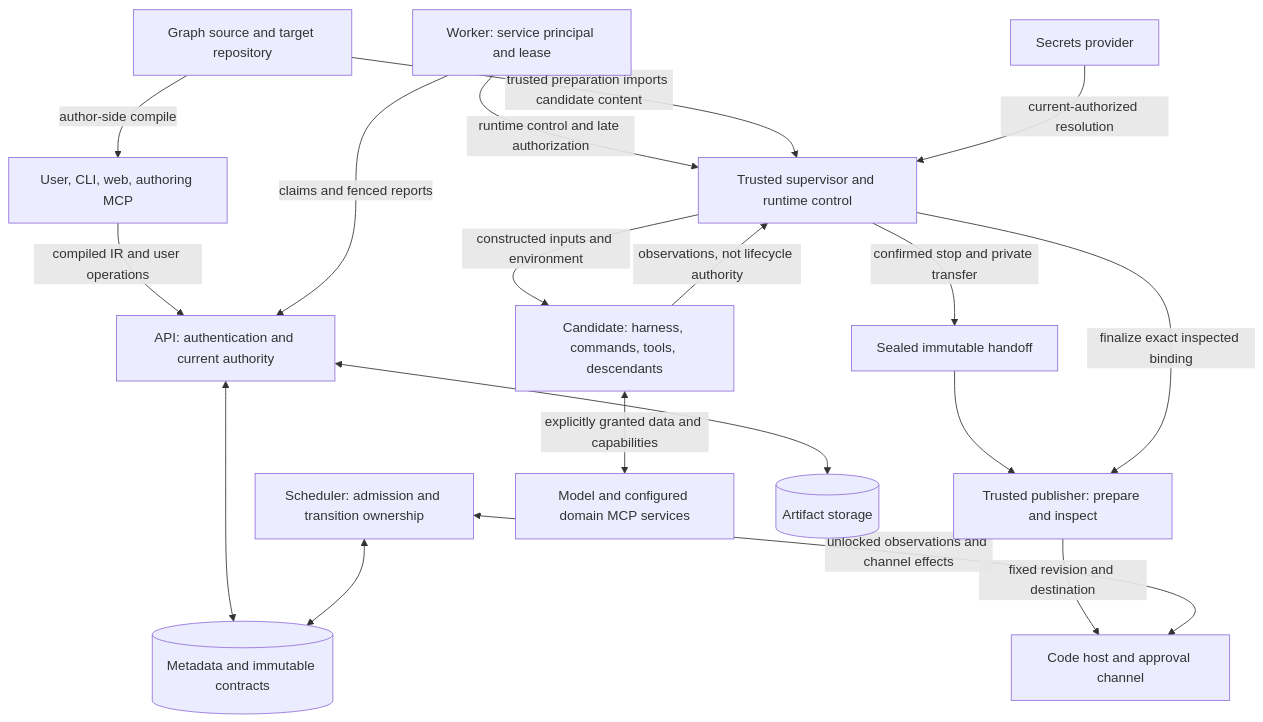
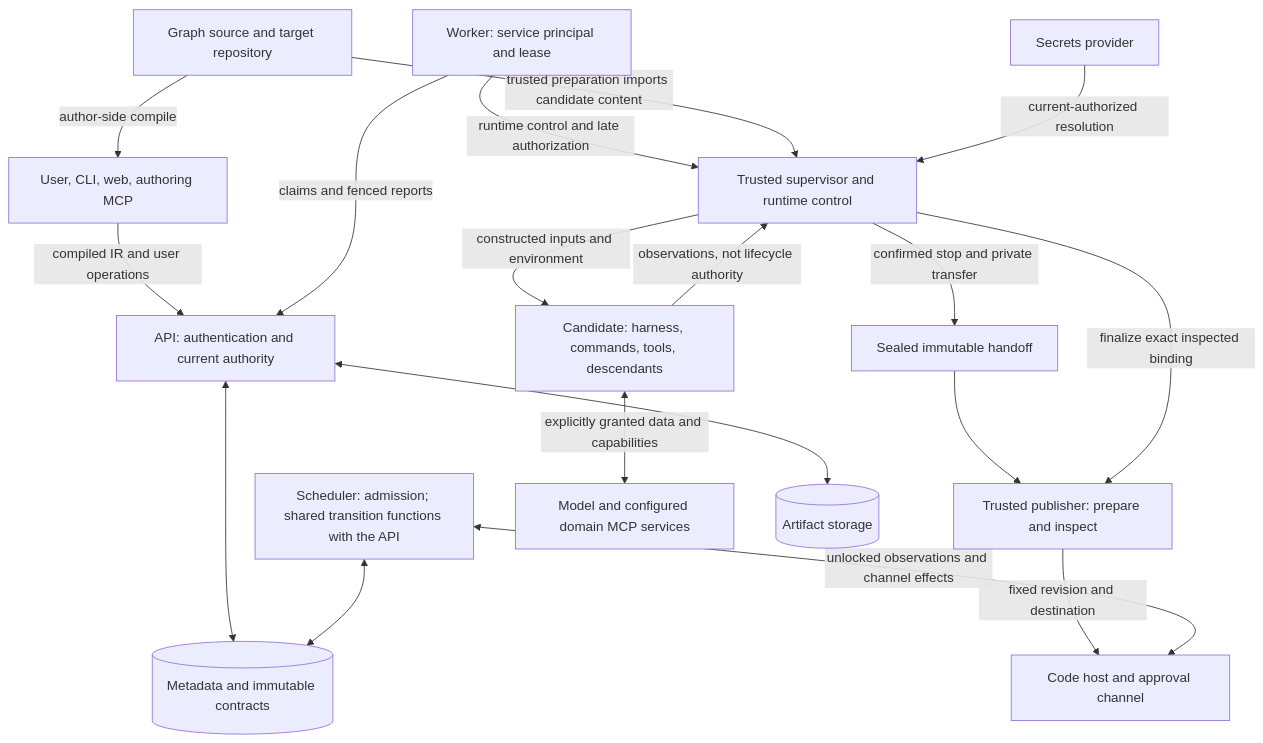
The diagram in docs/threat-model.md (realkarych/kora), drawn with Mermaid before and after one commit. The commit also changed other lines of this file and 7 other files, not shown here.

Commit message:
design: shared transition functions, caller table, lock order and tick

````diff
--- a/docs/threat-model.md
+++ b/docs/threat-model.md
@@ -49,34 +51,34 @@
 ```mermaid
 flowchart TB
     user["User, CLI, web, authoring MCP"]
     repo["Graph source and target repository"]
     api["API: authentication and current authority"]
     db[("Metadata and immutable contracts")]
-    scheduler["Scheduler: admission and transition ownership"]
+    scheduler["Scheduler: admission; shared transition functions with the API"]
     worker["Worker: service principal and lease"]
     supervisor["Trusted supervisor and runtime control"]
     candidate["Candidate: harness, commands, tools, descendants"]
     handoff["Sealed immutable handoff"]
     publisher["Trusted publisher: prepare and inspect"]
     host["Code host and approval channel"]
     external["Model and configured domain MCP services"]
     secrets["Secrets provider"]
     storage[("Artifact storage")]
     repo -->|"author-side compile"| user
     user -->|"compiled IR and user operations"| api
     api <--> db
     scheduler <--> db
     worker -->|"claims and fenced reports"| api
     worker -->|"runtime control and late authorization"| supervisor
     repo -->|"trusted preparation imports candidate content"| supervisor
     supervisor -->|"constructed inputs and environment"| candidate
     secrets -->|"current-authorized resolution"| supervisor
     candidate -->|"observations, not lifecycle authority"| supervisor
     supervisor -->|"confirmed stop and private transfer"| handoff
     handoff --> publisher
     supervisor -->|"finalize exact inspected binding"| publisher
     publisher -->|"fixed revision and destination"| host
     scheduler <-->|"unlocked observations and channel effects"| host
     candidate <-->|"explicitly granted data and capabilities"| external
     api <--> storage
 ```
````
